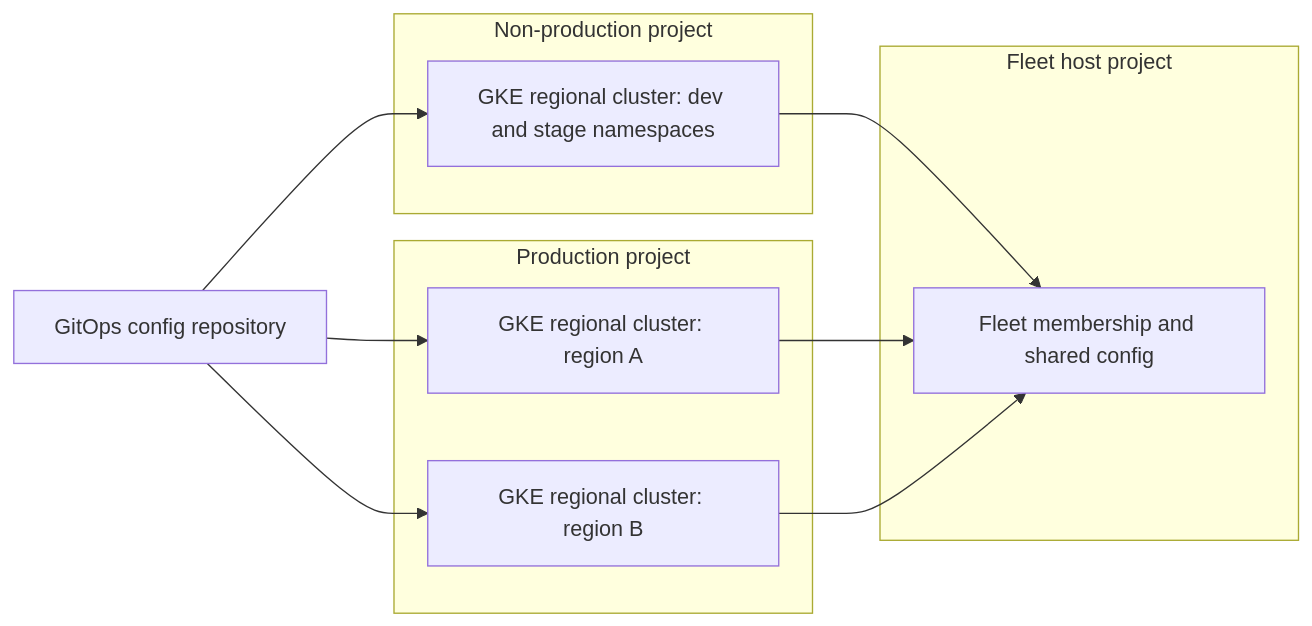
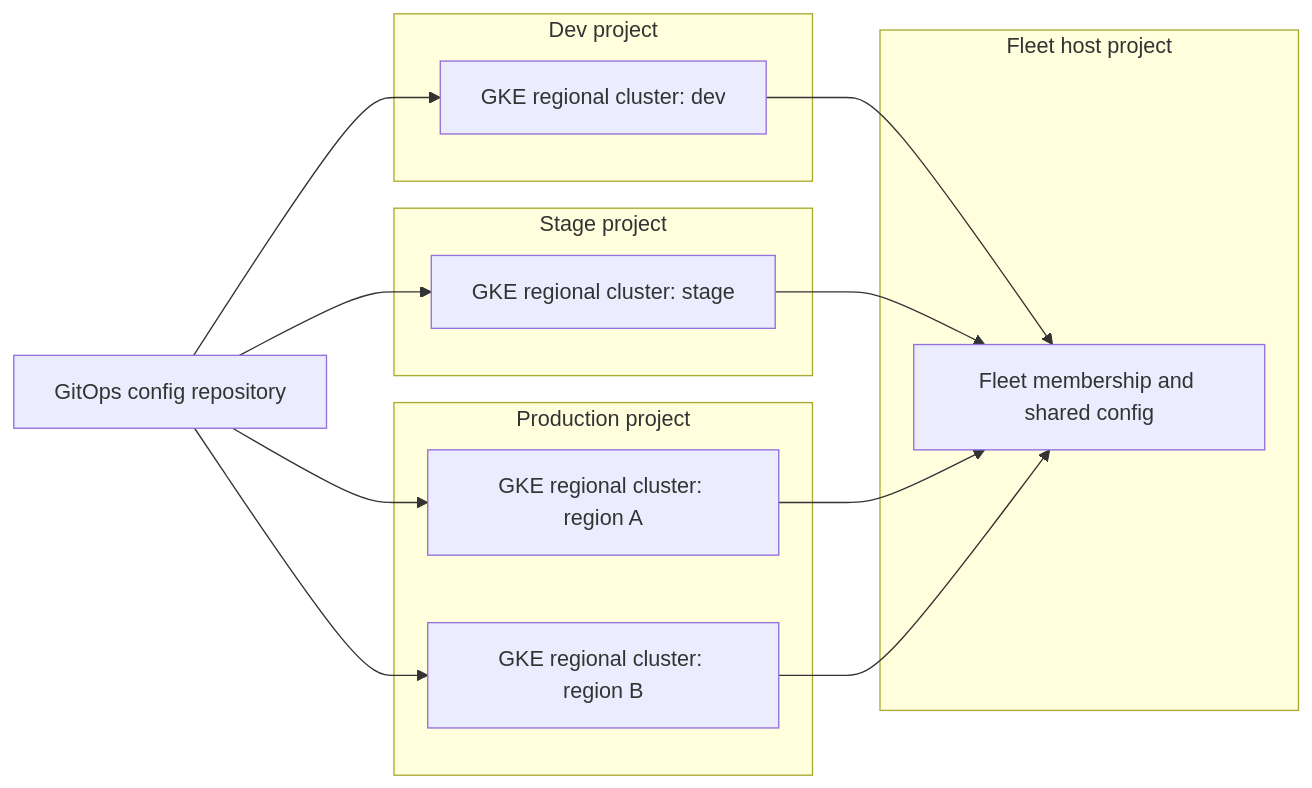
Before and after one commit to greenblacked/Notes: the diagram in content/architecture/gke-platform-topology-and-tenancy.md, drawn with Mermaid. The commit also changed other lines of this file and 48 other files, not shown here.

````diff
--- a/content/architecture/gke-platform-topology-and-tenancy.md
+++ b/content/architecture/gke-platform-topology-and-tenancy.md
@@ -66,19 +66,24 @@
 ```mermaid
 flowchart LR
   subgraph Fleet["Fleet host project"]
     FH[Fleet membership and shared config]
   end
-  subgraph NonProd["Non-production project"]
-    NP1[GKE regional cluster: dev and stage namespaces]
+  subgraph Dev["Dev project"]
+    D1[GKE regional cluster: dev]
+  end
+  subgraph Stage["Stage project"]
+    S1[GKE regional cluster: stage]
   end
   subgraph Prod["Production project"]
     P1[GKE regional cluster: region A]
     P2[GKE regional cluster: region B]
   end
-  NP1 --> FH
+  D1 --> FH
+  S1 --> FH
   P1 --> FH
   P2 --> FH
-  GIT[GitOps config repository] --> NP1
+  GIT[GitOps config repository] --> D1
+  GIT --> S1
   GIT --> P1
   GIT --> P2
 ```
````
